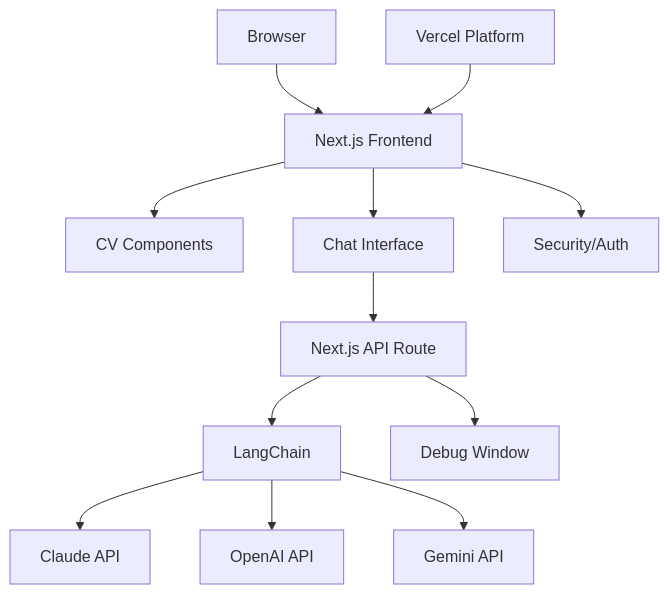
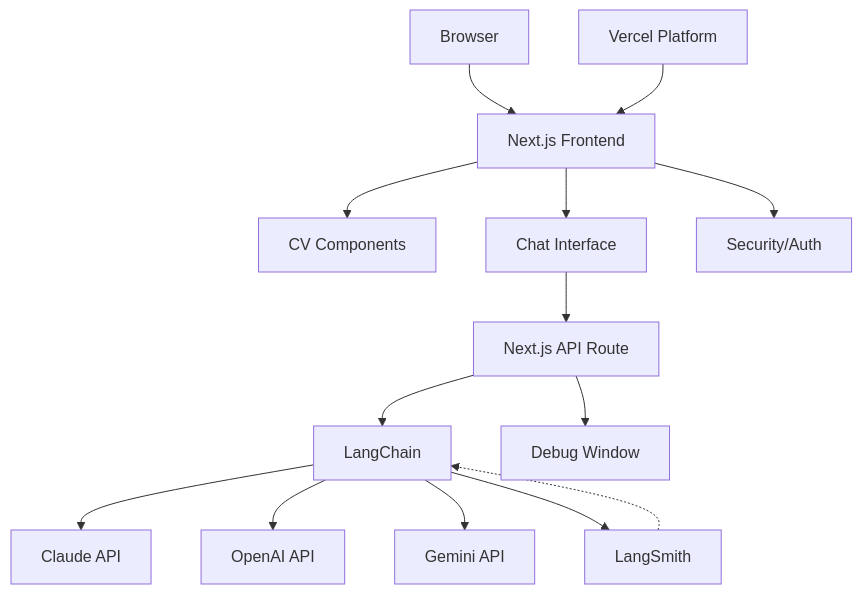
Before and after one commit to dawsonpaul/cv-website: the first of 2 diagrams in README.md, drawn with Mermaid. The commit also changed other lines of this file and 2 other files, not shown here.

Commit message:
Add LangChain tracing and LangSmith integration with documentation and screenshot

````diff
--- a/README.md
+++ b/README.md
@@ -47,14 +48,16 @@
 ```mermaid
 graph TD
     A[Browser] --> B[Next.js Frontend]
     B --> C[CV Components]
     B --> D[Chat Interface]
     B --> S[Security/Auth]
     D --> E[Next.js API Route]
     E --> F[LangChain]
     F --> G[Claude API]
     F --> H[OpenAI API]
     F --> I[Gemini API]
+    F --> L[LangSmith]
+    L -.-> F
     E --> J[Debug Window]
     V[Vercel Platform] --> B
 ```
````
